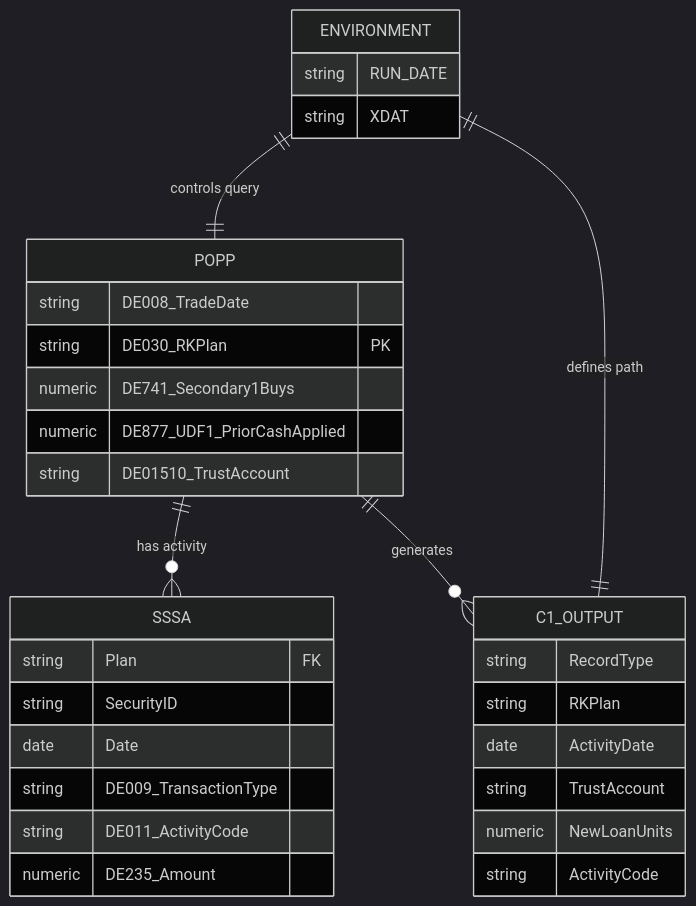
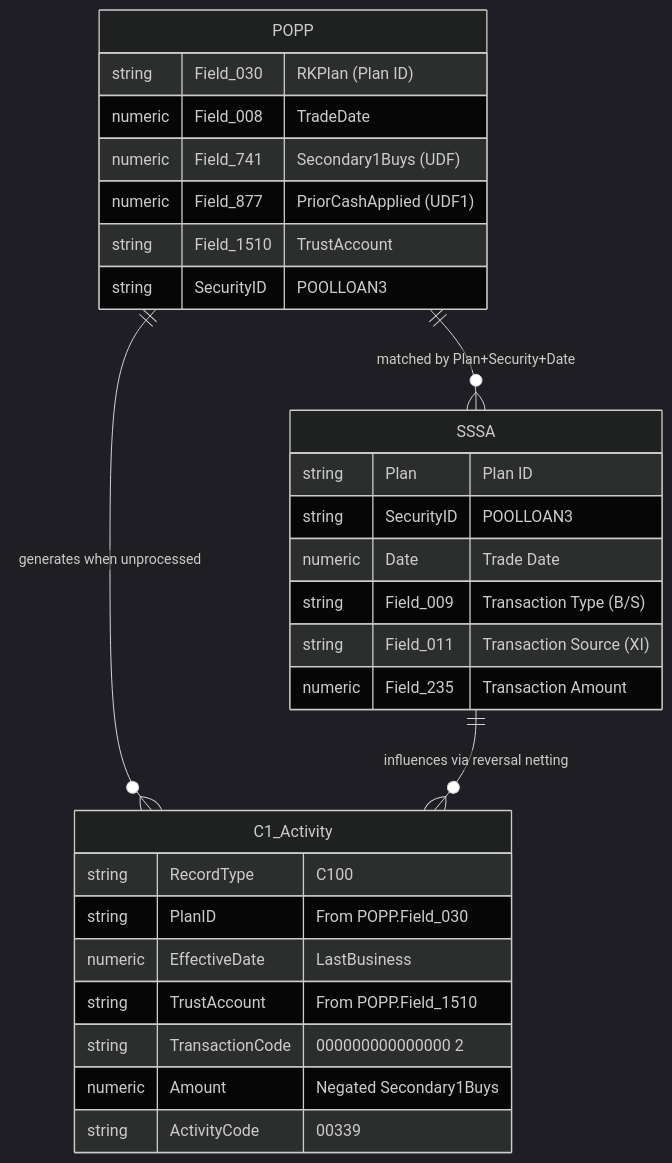
Before and after one commit to danismith-slalom1/bokf-poc: the sixth of 12 diagrams in omniscript-documentation/santized/GAP_NewLoanCash/GAP_NewLoanCash_DIAGRAMS.md, drawn with Mermaid (dark theme). The commit also changed other lines of this file and 12 other files, not shown here.

````diff
--- a/omniscript-documentation/santized/GAP_NewLoanCash/GAP_NewLoanCash_DIAGRAMS.md
+++ b/omniscript-documentation/santized/GAP_NewLoanCash/GAP_NewLoanCash_DIAGRAMS.md
@@ -154,39 +208,34 @@
 ```mermaid
 erDiagram
-    POPP ||--o{ SSSA : "has activity"
     POPP {
-        string DE008_TradeDate
-        string DE030_RKPlan PK
-        numeric DE741_Secondary1Buys
-        numeric DE877_UDF1_PriorCashApplied
-        string DE01510_TrustAccount
+        string Field_030 "RKPlan (Plan ID)"
+        numeric Field_008 "TradeDate"
+        numeric Field_741 "Secondary1Buys (UDF)"
+        numeric Field_877 "PriorCashApplied (UDF1)"
+        string Field_1510 "TrustAccount"
+        string SecurityID "POOLLOAN3"
     }
     
     SSSA {
-        string Plan FK
-        string SecurityID
-        date Date
-        string DE009_TransactionType
-        string DE011_ActivityCode
-        numeric DE235_Amount
+        string Plan "Plan ID"
+        string SecurityID "POOLLOAN3"
+        numeric Date "Trade Date"
+        string Field_009 "Transaction Type (B/S)"
+        string Field_011 "Transaction Source (XI)"
+        numeric Field_235 "Transaction Amount"
     }
     
-    C1_OUTPUT {
-        string RecordType
-        string RKPlan
-        date ActivityDate
-        string TrustAccount
-        numeric NewLoanUnits
-        string ActivityCode
+    C1_Activity {
+        string RecordType "C100"
+        string PlanID "From POPP.Field_030"
+        numeric EffectiveDate "LastBusiness"
+        string TrustAccount "From POPP.Field_1510"
+        string TransactionCode "000000000000000    2"
+        numeric Amount "Negated Secondary1Buys"
+        string ActivityCode "00339"
     }
     
-    POPP ||--o{ C1_OUTPUT : "generates"
-    
-    ENVIRONMENT {
-        string RUN_DATE
-        string XDAT
-    }
-    
-    ENVIRONMENT ||--|| POPP : "controls query"
-    ENVIRONMENT ||--|| C1_OUTPUT : "defines path"
+    POPP ||--o{ SSSA : "matched by Plan+Security+Date"
+    POPP ||--o{ C1_Activity : "generates when unprocessed"
+    SSSA ||--o{ C1_Activity : "influences via reversal netting"
 ```
````
